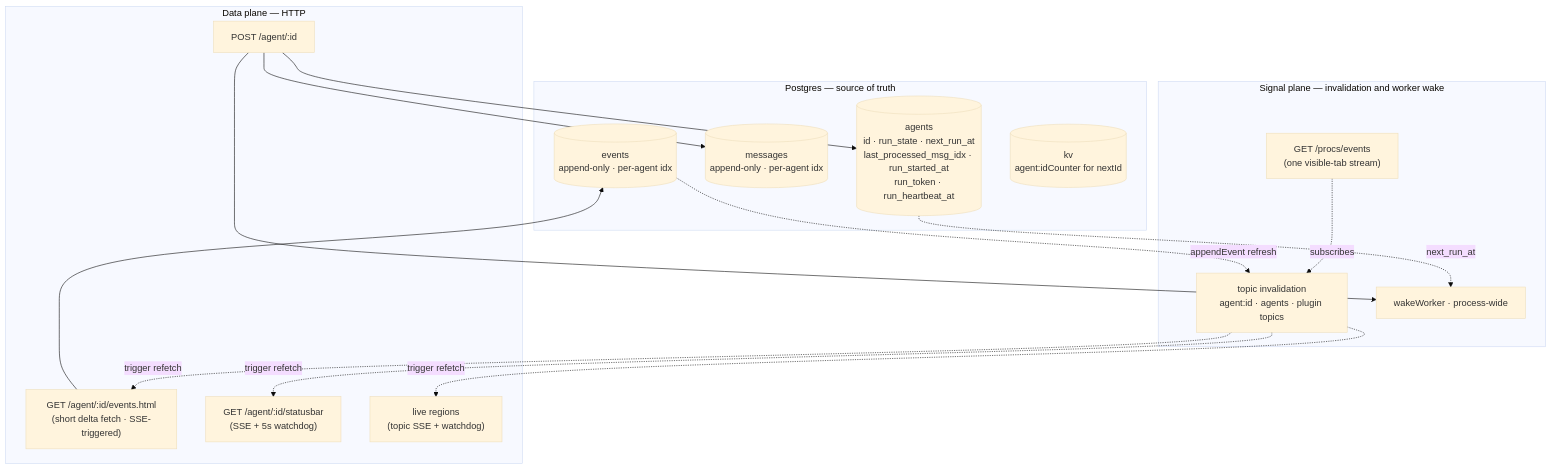
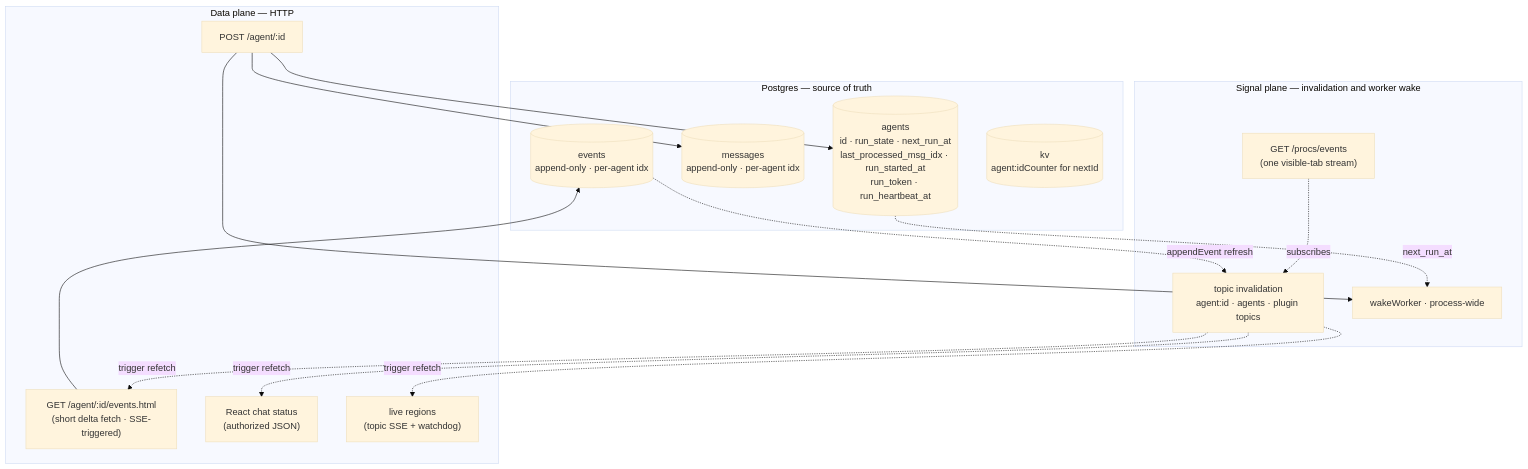
Before and after one commit to suchimauz/hyper-code: the first of 2 diagrams in docs/architecture.md, drawn with Mermaid (base theme). The commit also changed other lines of this file and 472 other files, not shown here.

````diff
--- a/docs/architecture.md
+++ b/docs/architecture.md
@@ -43,32 +43,32 @@
 ```mermaid
 graph TB
     subgraph Truth[Postgres — source of truth]
         AGENTS[(agents<br/>id · run_state · next_run_at<br/>last_processed_msg_idx · run_started_at<br/>run_token · run_heartbeat_at)]
         MSGS[(messages<br/>append-only · per-agent idx)]
         EVENTS[(events<br/>append-only · per-agent idx)]
         KV[(kv<br/>agent:idCounter for nextId)]
     end
 
     subgraph DataPlane[Data plane — HTTP]
         POST["POST /agent/:id"]
         LP["GET /agent/:id/events.html<br/>(short delta fetch · SSE-triggered)"]
-        SB["GET /agent/:id/statusbar<br/>(SSE + 5s watchdog)"]
+        SB["React chat status<br/>(authorized JSON)"]
         SF["live regions<br/>(topic SSE + watchdog)"]
     end
     subgraph SignalPlane[Signal plane — invalidation and worker wake]
         SSE["GET /procs/events<br/>(one visible-tab stream)"]
         TOPICS["topic invalidation<br/>agent:id · agents · plugin topics"]
         WS[wakeWorker · process-wide]
     end
 
     POST  --> MSGS
     POST  --> AGENTS
     POST  --> WS
     LP    --> EVENTS
     SSE   -.subscribes.-> TOPICS
     EVENTS -.appendEvent refresh.-> TOPICS
     TOPICS -.trigger refetch.-> LP
     TOPICS -.trigger refetch.-> SB
     TOPICS -.trigger refetch.-> SF
     AGENTS -.next_run_at.-> WS
 ```
````
